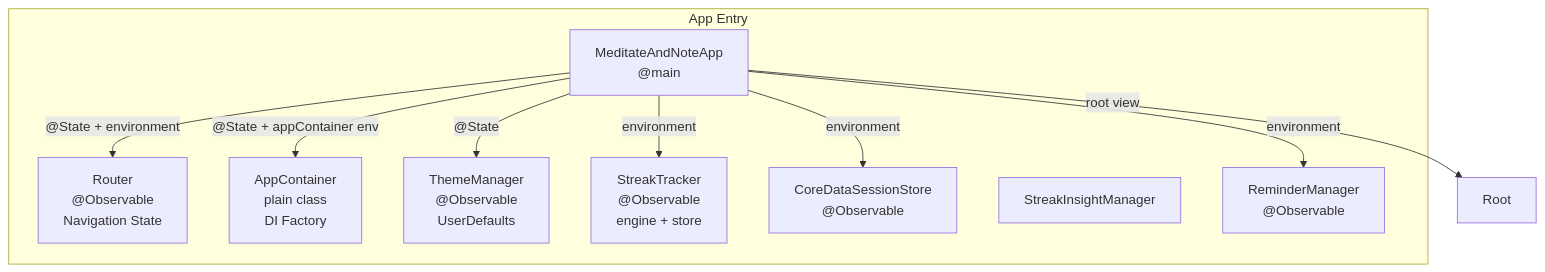
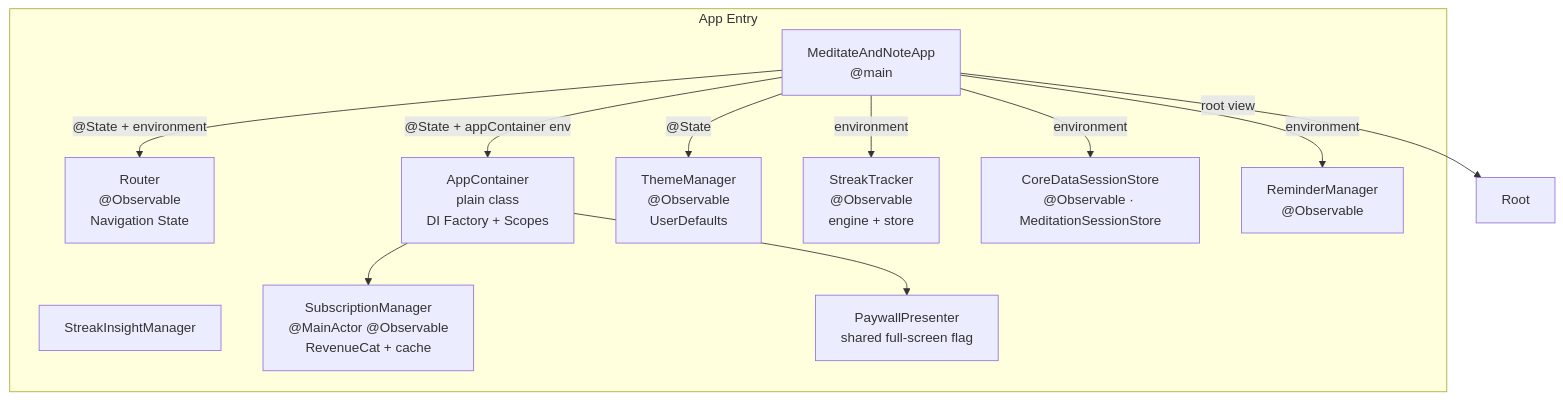
The first of 8 diagrams in ARCHITECTURE.md (kwazzar/MeditateAndNote), drawn with Mermaid before and after one commit. The commit also changed other lines of this file and 2 other files, not shown here.

First line of the commit message:
docs: sync README/ARCHITECTURE/AGENTS with current project state

````diff
--- a/ARCHITECTURE.md
+++ b/ARCHITECTURE.md
@@ -35,21 +37,25 @@
 ```mermaid
 graph TB
     subgraph Entry["App Entry"]
         App["MeditateAndNoteApp<br/>@main"]
         Router["Router<br/>@Observable<br/>Navigation State"]
-        Container["AppContainer<br/>plain class<br/>DI Factory"]
+        Container["AppContainer<br/>plain class<br/>DI Factory + Scopes"]
         Theme["ThemeManager<br/>@Observable<br/>UserDefaults"]
         Streak["StreakTracker<br/>@Observable<br/>engine + store"]
-        SessionStore["CoreDataSessionStore<br/>@Observable"]
+        SessionStore["CoreDataSessionStore<br/>@Observable · MeditationSessionStore"]
         Insights["StreakInsightManager"]
         Reminders["ReminderManager<br/>@Observable"]
+        Sub["SubscriptionManager<br/>@MainActor @Observable<br/>RevenueCat + cache"]
+        Paywall["PaywallPresenter<br/>shared full-screen flag"]
     end
 
     App -->|"@State + environment"| Router
     App -->|"@State + appContainer env"| Container
     App -->|"@State"| Theme
     App -->|"environment"| Streak
     App -->|"environment"| SessionStore
     App -->|"environment"| Reminders
     App -->|"root view"| Root
+    Container --> Sub
+    Container --> Paywall
 ```
````
